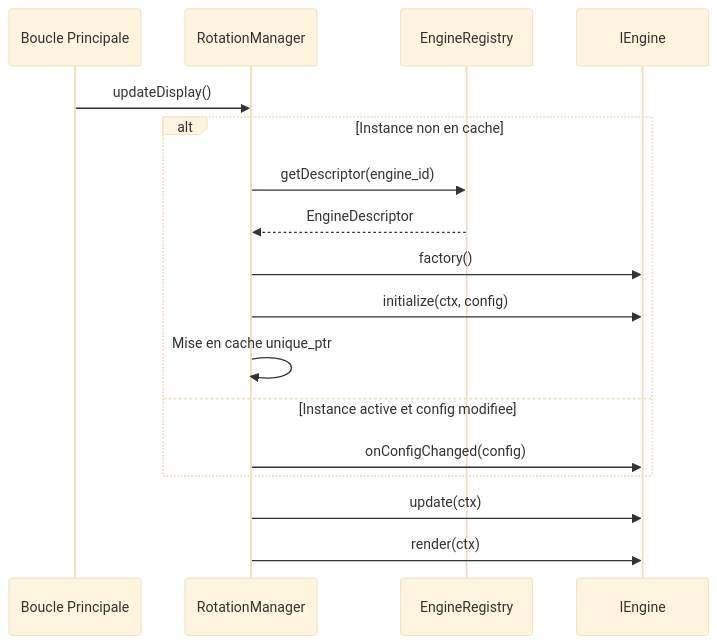
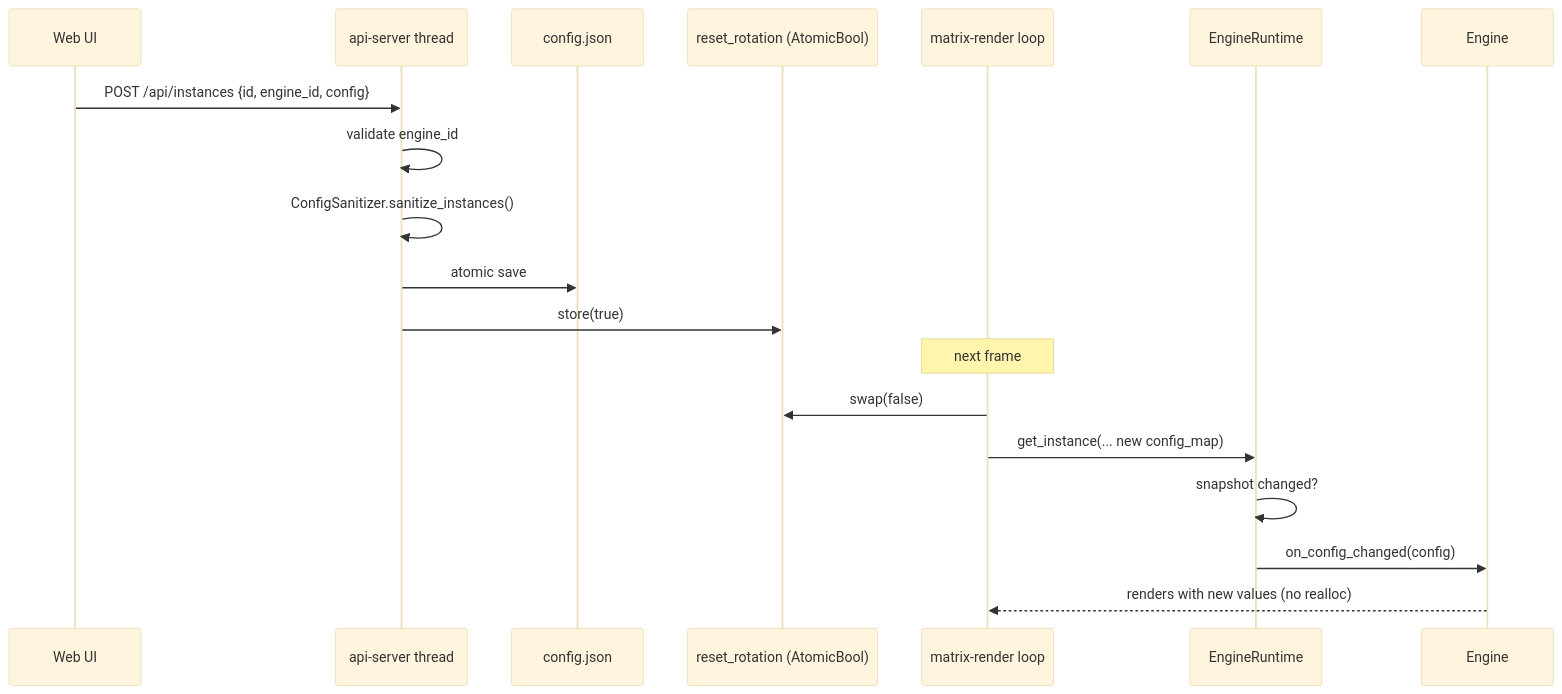
The eighth of 15 diagrams in docs/ARCHITECTURE_FR.md (red77290/ArcadeMatrix), drawn with Mermaid (base theme) before and after one commit. The commit also changed other lines of this file and 16 other files, not shown here.

````diff
--- a/docs/ARCHITECTURE_FR.md
+++ b/docs/ARCHITECTURE_FR.md
@@ -238,20 +408,22 @@
 ```mermaid
 sequenceDiagram
-    participant MainLoop as Boucle Principale
-    participant RM as RotationManager
-    participant Reg as EngineRegistry
-    participant Eng as IEngine
+    participant UI as Web UI
+    participant API as api-server thread
+    participant Disk as config.json
+    participant Flag as reset_rotation (AtomicBool)
+    participant RLoop as matrix-render loop
+    participant RT as EngineRuntime
+    participant Eng as Engine
 
-    MainLoop->>RM: updateDisplay()
-    alt Instance non en cache
-        RM->>Reg: getDescriptor(engine_id)
-        Reg-->>RM: EngineDescriptor
-        RM->>Eng: factory()
-        RM->>Eng: initialize(ctx, config)
-        RM->>RM: Mise en cache unique_ptr
-    else Instance active et config modifiee
-        RM->>Eng: onConfigChanged(config)
-    end
-    RM->>Eng: update(ctx)
-    RM->>Eng: render(ctx)
+    UI->>API: POST /api/instances {id, engine_id, config}
+    API->>API: validate engine_id
+    API->>API: ConfigSanitizer.sanitize_instances()
+    API->>Disk: atomic save
+    API->>Flag: store(true)
+    Note over RLoop: next frame
+    RLoop->>Flag: swap(false)
+    RLoop->>RT: get_instance(... new config_map)
+    RT->>RT: snapshot changed?
+    RT->>Eng: on_config_changed(config)
+    Eng-->>RLoop: renders with new values (no realloc)
 ```
````
